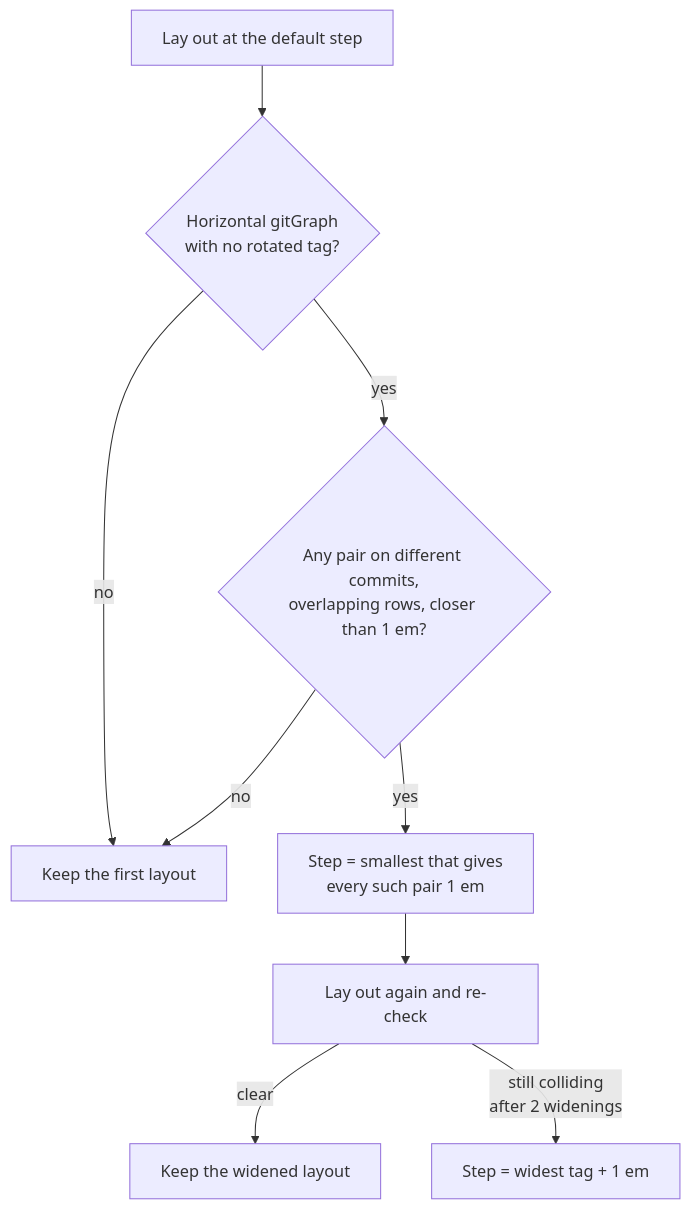
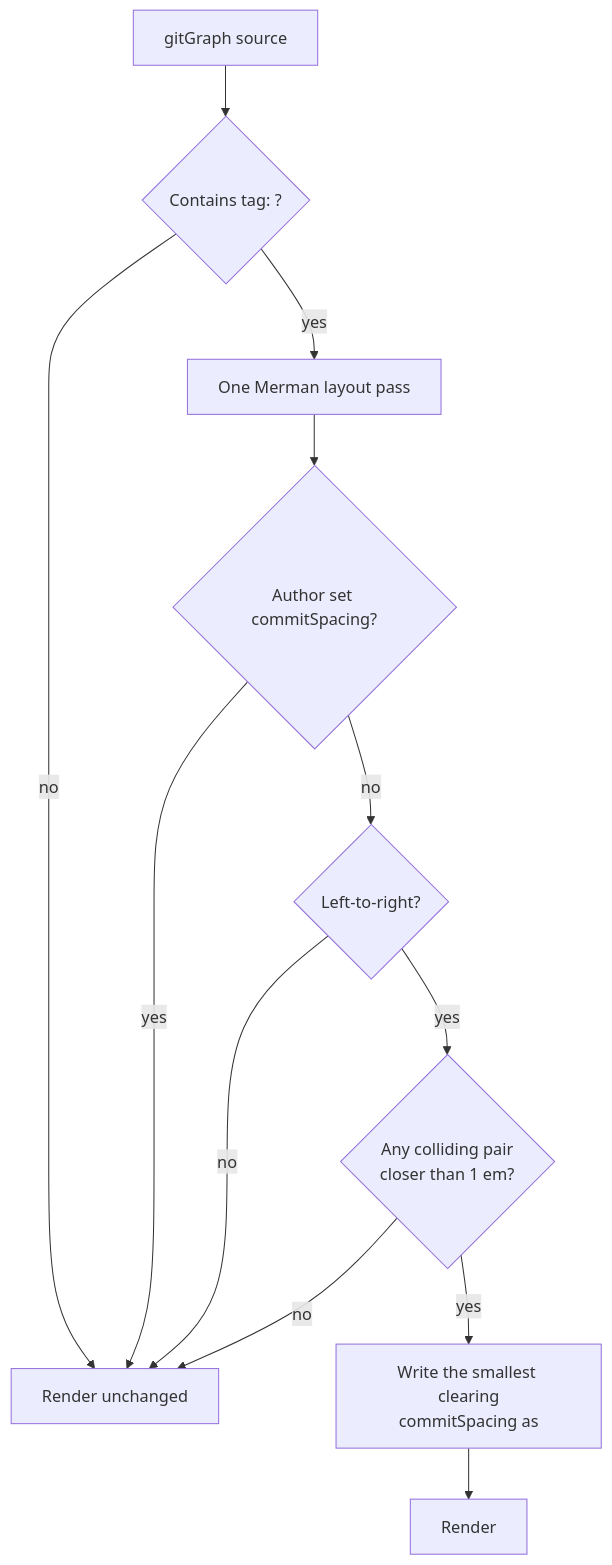
Before and after one commit to yankeeinlondon/rusty-biscuit: the diagram in biscuit-visualized/docs/mermaid-gitgraph.md, drawn with Mermaid. The commit also changed other lines of this file and 16 other files, not shown here.

````diff
--- a/biscuit-visualized/docs/mermaid-gitgraph.md
+++ b/biscuit-visualized/docs/mermaid-gitgraph.md
@@ -75,11 +60,14 @@
 ```mermaid
 flowchart TD
-    first["Lay out at the default step"] --> kind{"Horizontal gitGraph<br/>with no rotated tag?"}
-    kind -- no --> done["Keep the first layout"]
-    kind -- yes --> pairs{"Any pair on different commits,<br/>overlapping rows, closer than 1 em?"}
-    pairs -- no --> done
-    pairs -- yes --> widen["Step = smallest that gives<br/>every such pair 1 em"]
-    widen --> again["Lay out again and re-check"]
-    again -- clear --> spaced["Keep the widened layout"]
-    again -- "still colliding<br/>after 2 widenings" --> fallback["Step = widest tag + 1 em"]
+    src["gitGraph source"] --> tags{"Contains tag: ?"}
+    tags -- no --> keep["Render unchanged"]
+    tags -- yes --> layout["One Merman layout pass"]
+    layout --> author{"Author set commitSpacing?"}
+    author -- yes --> keep
+    author -- no --> lr{"Left-to-right?"}
+    lr -- no --> keep
+    lr -- yes --> pairs{"Any colliding pair<br/>closer than 1 em?"}
+    pairs -- no --> keep
+    pairs -- yes --> write["Write the smallest clearing<br/>commitSpacing as %%{init}%%"]
+    write --> render["Render"]
 ```
````
